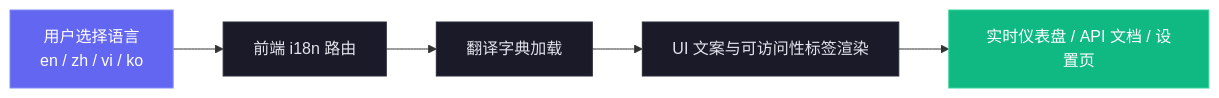
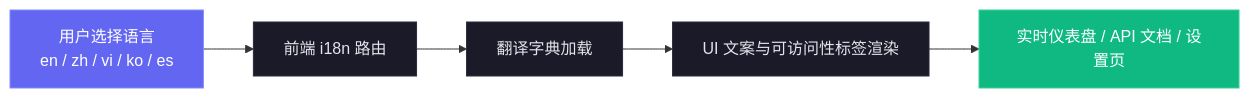
Before and after one commit to CorentinPa/Claude-Code-Agent-Monitor: the second of 23 diagrams in README-CN.md, drawn with Mermaid. The commit also changed other lines of this file and 31 other files, not shown here.

````diff
--- a/README-CN.md
+++ b/README-CN.md
@@ -129,12 +129,12 @@
 ```mermaid
 flowchart LR
-    A["用户选择语言<br/>en / zh / vi / ko"] --> B["前端 i18n 路由"]
+    A["用户选择语言<br/>en / zh / vi / ko / es"] --> B["前端 i18n 路由"]
     B --> C["翻译字典加载"]
     C --> D["UI 文案与可访问性标签渲染"]
     D --> E["实时仪表盘 / API 文档 / 设置页"]
     style A fill:#6366f1,stroke:#818cf8,color:#fff
     style B fill:#1a1a28,stroke:#2a2a3d,color:#e4e4ed
     style C fill:#1a1a28,stroke:#2a2a3d,color:#e4e4ed
     style D fill:#1a1a28,stroke:#2a2a3d,color:#e4e4ed
     style E fill:#10b981,stroke:#34d399,color:#fff
 ```
````
